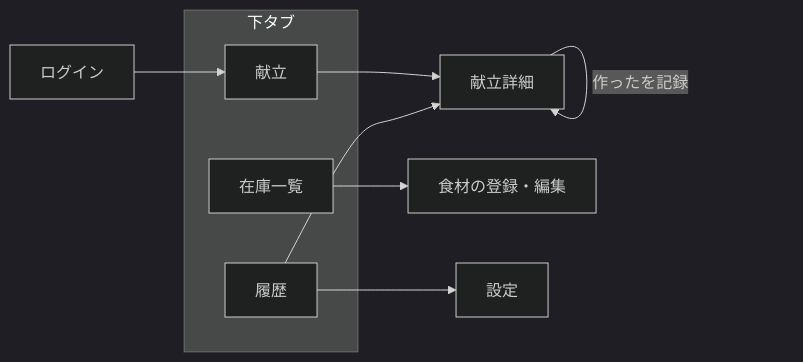
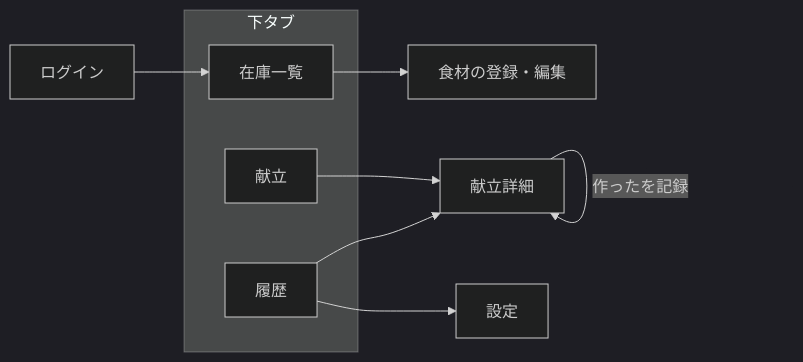
The diagram in docs/screen-design.md (tkdev106/fridge-to-meal), drawn with Mermaid (dark theme) before and after one commit. The commit also changed other lines of this file and 4 other files, not shown here.

````diff
--- a/docs/screen-design.md
+++ b/docs/screen-design.md
@@ -71,14 +78,14 @@
 ```mermaid
 flowchart LR
-  login[ログイン] --> meals
+  login[ログイン] --> pantry
   subgraph tabs[下タブ]
     meals[献立]
     pantry[在庫一覧]
     history[履歴]
   end
   meals --> detail[献立詳細]
   history --> detail
   pantry --> edit[食材の登録・編集]
   history --> settings[設定]
   detail -->|作ったを記録| detail
 ```
````
